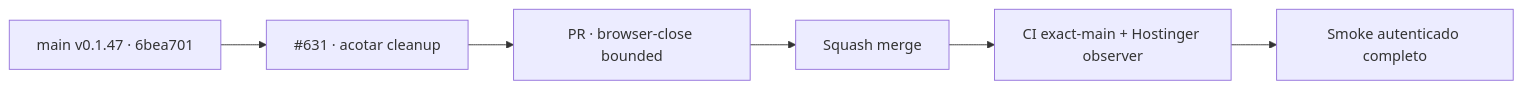
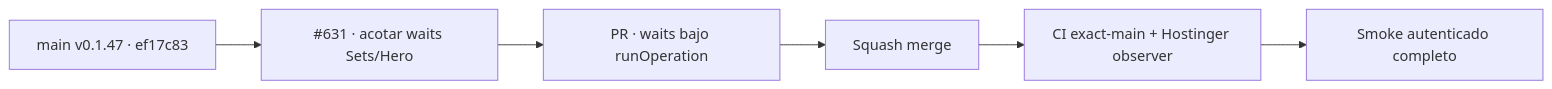
Before and after one commit to pl0n3r/brvtal: the diagram in README.md, drawn with Mermaid. The commit also changed other lines of this file and 1 other file, not shown here.

First line of the commit message:
test(production): bound Sets and Hero smoke waits (#637)

````diff
--- a/README.md
+++ b/README.md
@@ -50,6 +50,6 @@
 ```mermaid
 flowchart LR
- B["main v0.1.47 · 6bea701"] --> F["#631 · acotar cleanup"]
- F --> P["PR · browser-close bounded"] --> M["Squash merge"]
+ B["main v0.1.47 · ef17c83"] --> F["#631 · acotar waits Sets/Hero"]
+ F --> P["PR · waits bajo runOperation"] --> M["Squash merge"]
  M --> C["CI exact-main + Hostinger observer"] --> S["Smoke autenticado completo"]
 ```
````
